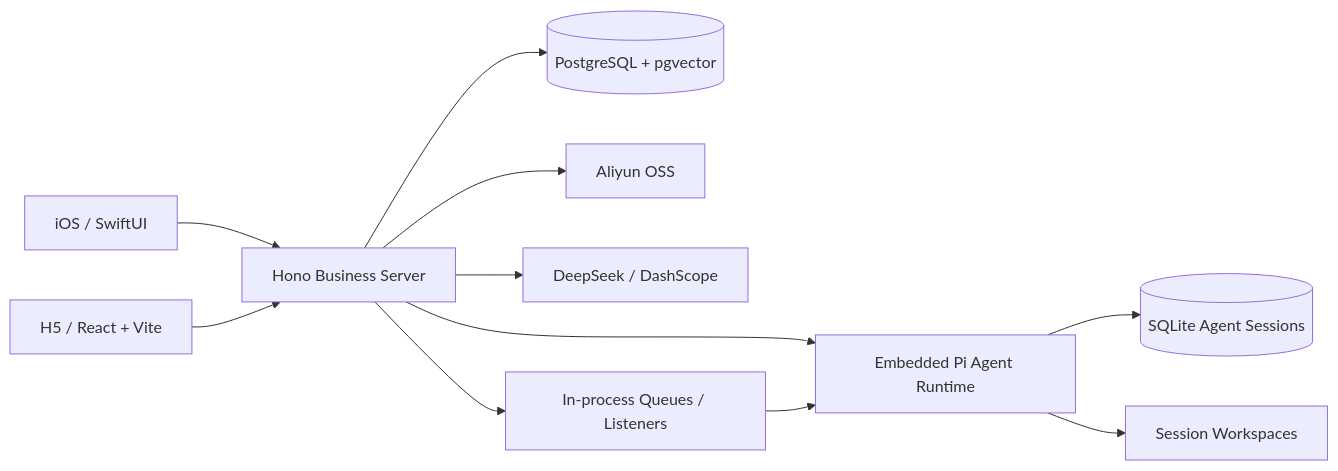
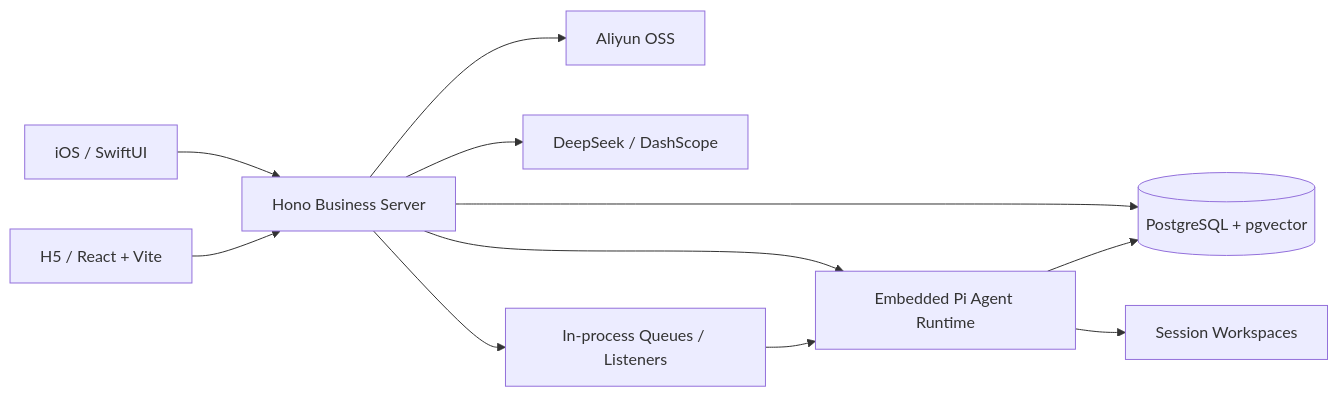
One commit to huiru-wang/fanto changed the diagram in docs/architecture/overview.md. Above: the diagram before and after it, drawn with Mermaid. The commit also changed other lines of this file and 155 other files, not shown here.

First line of the commit message:
feat: store media thumbnails and remove legacy task flows

````diff
--- a/docs/architecture/overview.md
+++ b/docs/architecture/overview.md
@@ -5,13 +5,13 @@
 ```mermaid
 flowchart LR
   IOS[iOS / SwiftUI] --> API[Hono Business Server]
   H5[H5 / React + Vite] --> API
   API --> PG[(PostgreSQL + pgvector)]
   API --> OSS[Aliyun OSS]
   API --> AI[DeepSeek / DashScope]
   API --> AGENT[Embedded Pi Agent Runtime]
-  AGENT --> SQ[(SQLite Agent Sessions)]
+  AGENT --> PG
   AGENT --> WS[Session Workspaces]
   API --> Q[In-process Queues / Listeners]
   Q --> AGENT
 ```
````
